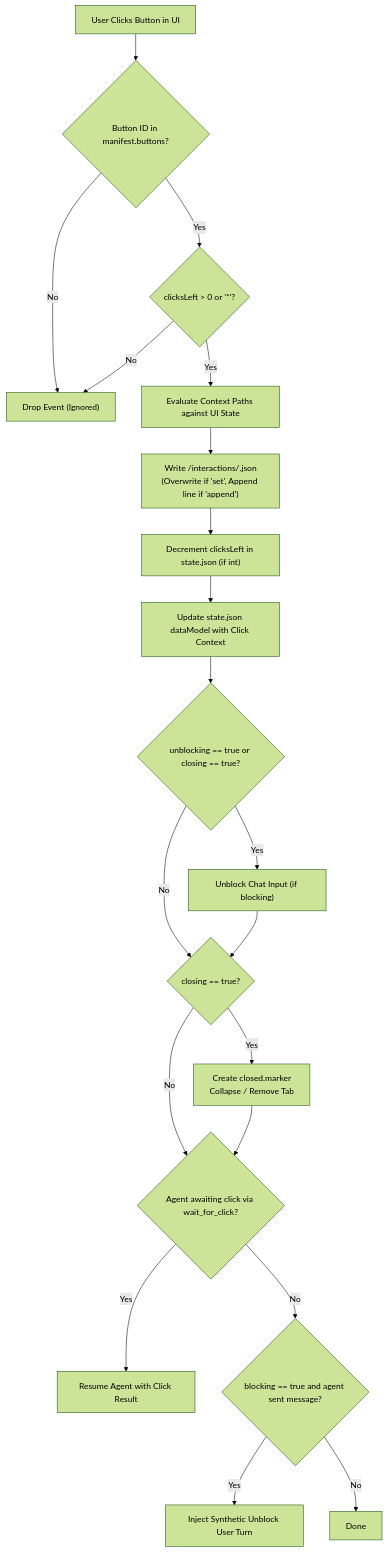
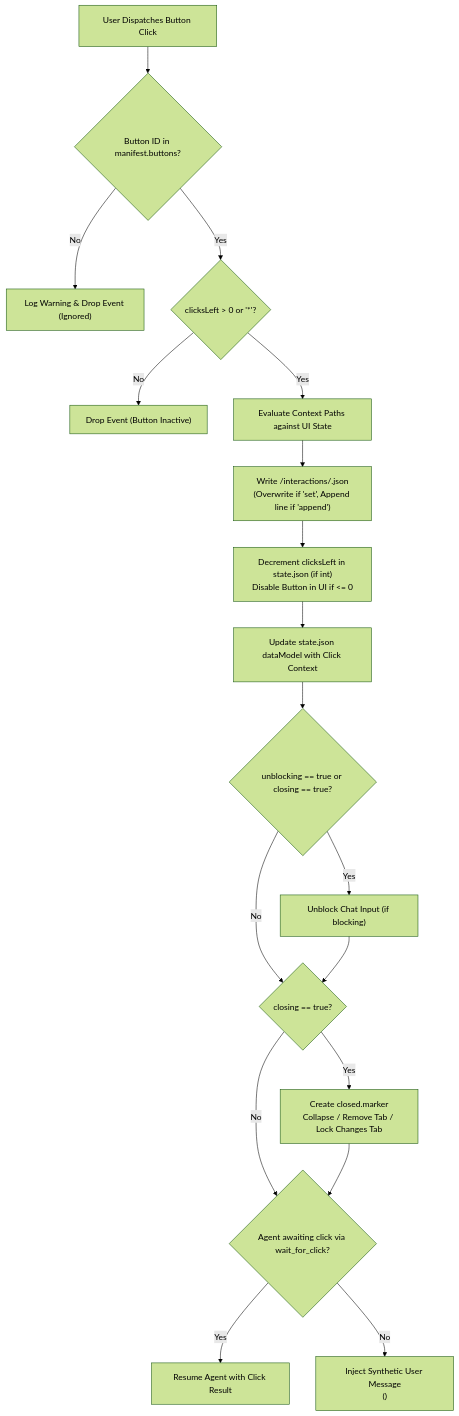
The diagram in knowledge/artifacts.md (FilipMalczak/seamus), drawn with Mermaid (forest theme) before and after one commit. The commit also changed other lines of this file and 2 other files, not shown here.

````diff
--- a/knowledge/artifacts.md
+++ b/knowledge/artifacts.md
@@ -204,22 +212,20 @@
 ```mermaid
 flowchart TD
-    Click["User Clicks Button in UI"] --> Whitelist{"Button ID in manifest.buttons?"}
-    Whitelist -- No --> Ignore["Drop Event (Ignored)"]
+    Click["User Dispatches Button Click"] --> Whitelist{"Button ID in manifest.buttons?"}
+    Whitelist -- No --> LogWarning["Log Warning & Drop Event (Ignored)"]
     Whitelist -- Yes --> CheckQuota{"clicksLeft > 0 or '*'?"}
-    CheckQuota -- No --> Ignore
+    CheckQuota -- No --> Drop["Drop Event (Button Inactive)"]
     CheckQuota -- Yes --> Eval["Evaluate Context Paths against UI State"]
     Eval --> WriteInteraction["Write /interactions/<id>.json\n(Overwrite if 'set', Append line if 'append')"]
-    WriteInteraction --> DecQuota["Decrement clicksLeft in state.json (if int)"]
+    WriteInteraction --> DecQuota["Decrement clicksLeft in state.json (if int)\nDisable Button in UI if <= 0"]
     DecQuota --> UpdateDataModel["Update state.json dataModel with Click Context"]
     UpdateDataModel --> CheckUnblock{"unblocking == true or closing == true?"}
     CheckUnblock -- Yes --> UnblockUI["Unblock Chat Input (if blocking)"]
     CheckUnblock -- No --> CheckClose
     UnblockUI --> CheckClose{"closing == true?"}
-    CheckClose -- Yes --> WriteMarker["Create closed.marker\nCollapse / Remove Tab"]
+    CheckClose -- Yes --> WriteMarker["Create closed.marker\nCollapse / Remove Tab / Lock Changes Tab"]
     CheckClose -- No --> WakeWaiting{"Agent awaiting click via wait_for_click?"}
     WriteMarker --> WakeWaiting
     WakeWaiting -- Yes --> ResumeAgent["Resume Agent with Click Result"]
-    WakeWaiting -- No --> CheckSynthetic{"blocking == true and agent sent message?"}
-    CheckSynthetic -- Yes --> SendSynthetic["Inject Synthetic Unblock User Turn"]
-    CheckSynthetic -- No --> Done["Done"]
+    WakeWaiting -- No --> SendSynthetic["Inject Synthetic User Message\n(<SYNTHETIC MESSAGE INDICATOR>)"]
 ```
````
